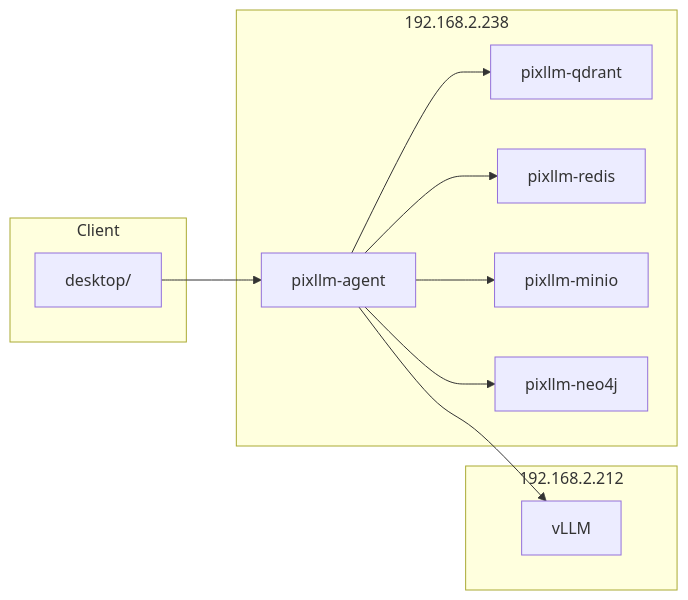
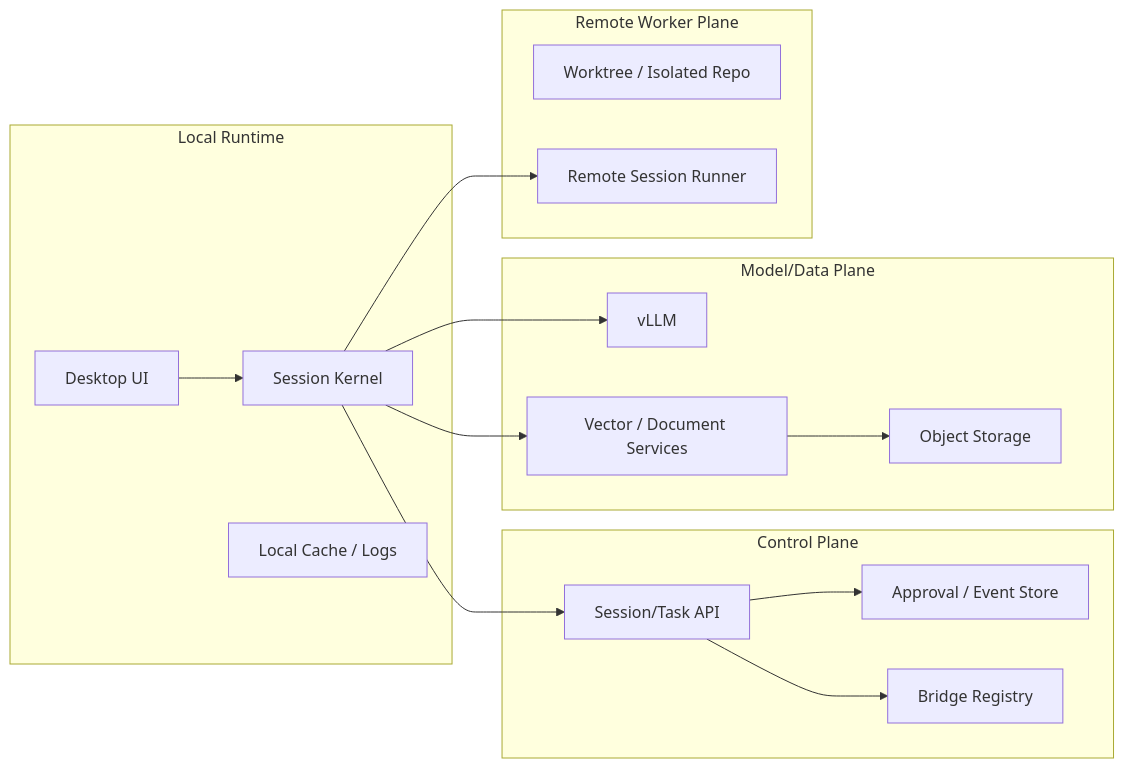
Before and after one commit to needitem/pixllm: the diagram in docs/02-design/인프라_상세_설계.md, drawn with Mermaid. The commit also changed other lines of this file and 94 other files, not shown here.

Commit message:
Refactor desktop agent runtime and remove legacy chat stack

````diff
--- a/docs/02-design/인프라_상세_설계.md
+++ b/docs/02-design/인프라_상세_설계.md
@@ -17,22 +25,30 @@
 ```mermaid
 flowchart LR
-    subgraph APP["192.168.2.238"]
-        API["pixllm-agent"]
-        Q["pixllm-qdrant"]
-        R["pixllm-redis"]
-        M["pixllm-minio"]
-        N["pixllm-neo4j"]
+    subgraph LOCAL["Local Runtime"]
+        UI["Desktop UI"]
+        KERNEL["Session Kernel"]
+        CACHE["Local Cache / Logs"]
     end
-    subgraph CLIENT["Client"]
-        UI["desktop/"]
+    subgraph CTRL["Control Plane"]
+        API["Session/Task API"]
+        EVT["Approval / Event Store"]
+        REG["Bridge Registry"]
     end
-    subgraph LLM["192.168.2.212"]
+    subgraph MODEL["Model/Data Plane"]
         V["vLLM"]
+        Q["Vector / Document Services"]
+        O["Object Storage"]
     end
-    UI --> API
-    API --> Q
-    API --> R
-    API --> M
-    API --> N
-    API --> V
+    subgraph REMOTE["Remote Worker Plane"]
+        W["Worktree / Isolated Repo"]
+        R["Remote Session Runner"]
+    end
+    UI --> KERNEL
+    KERNEL --> API
+    KERNEL --> V
+    KERNEL --> Q
+    KERNEL --> R
+    API --> EVT
+    API --> REG
+    Q --> O
 ```
````
